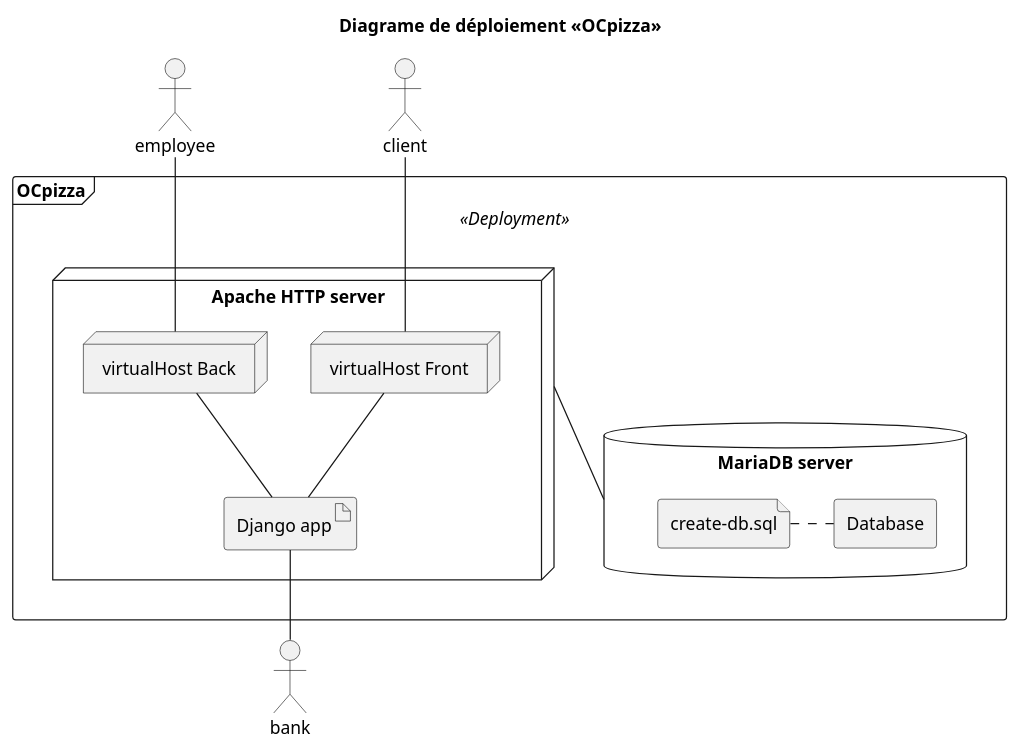
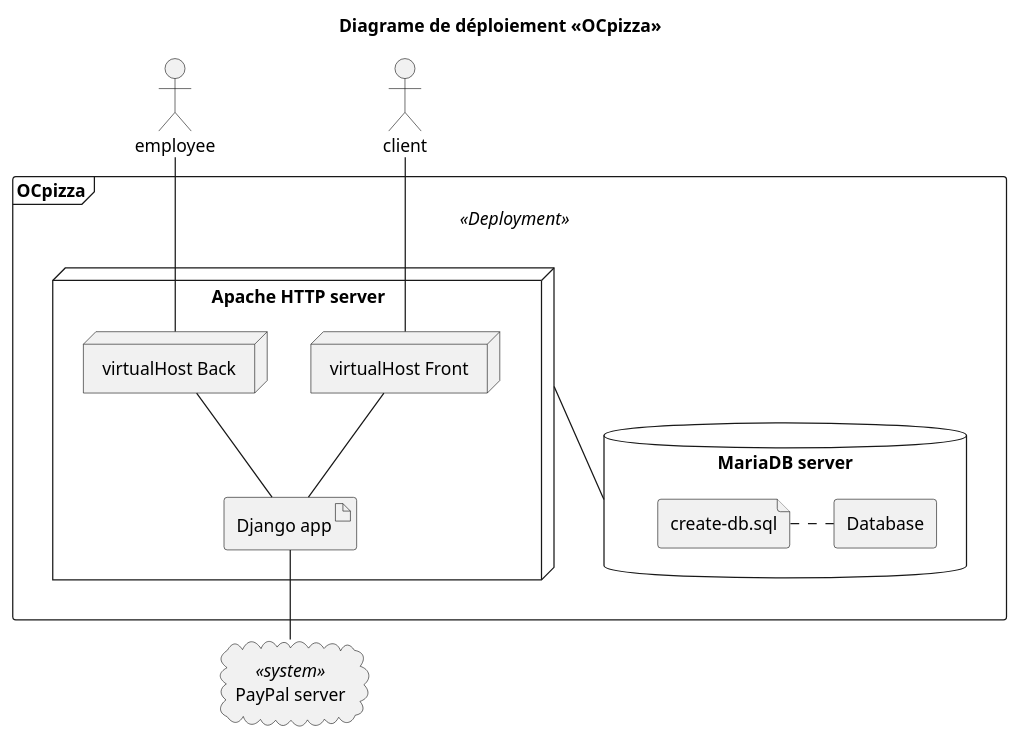
Before and after one commit to freezed/ocp6: the diagram in src-puml/deployment.puml, drawn with PlantUML. The commit also changed 1 other file, not shown here.

Commit message:
Modifies external bank system

```diff
--- a/src-puml/deployment.puml
+++ b/src-puml/deployment.puml
@@ -1,40 +1,40 @@
 @startuml
 title Diagrame de déploiement «OCpizza»
 
 /' = = = = = = = STYLE = = = = = = = '/
 ' skinparam monochrome true
 ' skinparam linetype ortho
 
-actor "bank"
+cloud "PayPal server" as bank <<system>>
 actor "employee"
 actor "client"
 
 /' = = = = = = = ARTIFACT = = = = = = = '/
 
 Frame  "OCpizza" <<Deployment>> {
 
     node "Apache HTTP server" as ws {
         node "virtualHost Front" as vhf
         node "virtualHost Back" as vhb
         artifact "Django app" as dapp
     }
 
     database "MariaDB server" as dbs {
         file "create-db.sql" as scriptdb
         rectangle "Database" as db
     }
 }
 
 /' = = = = = = = RELATION = = = = = = = '/
 
 bank -up- dapp
 client -- vhf
 employee -- vhb
 
 ws -- dbs
 vhf -- dapp
 dapp -up- vhb
 
 scriptdb . db
 
 @enduml
```
